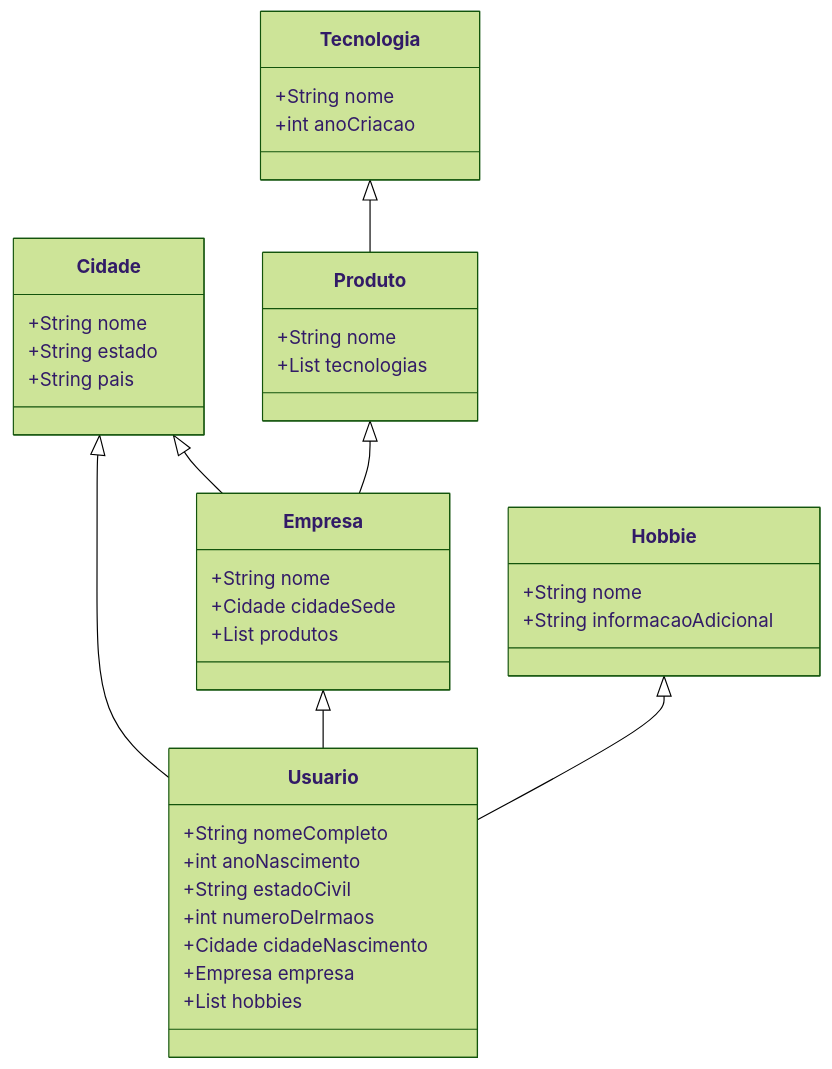
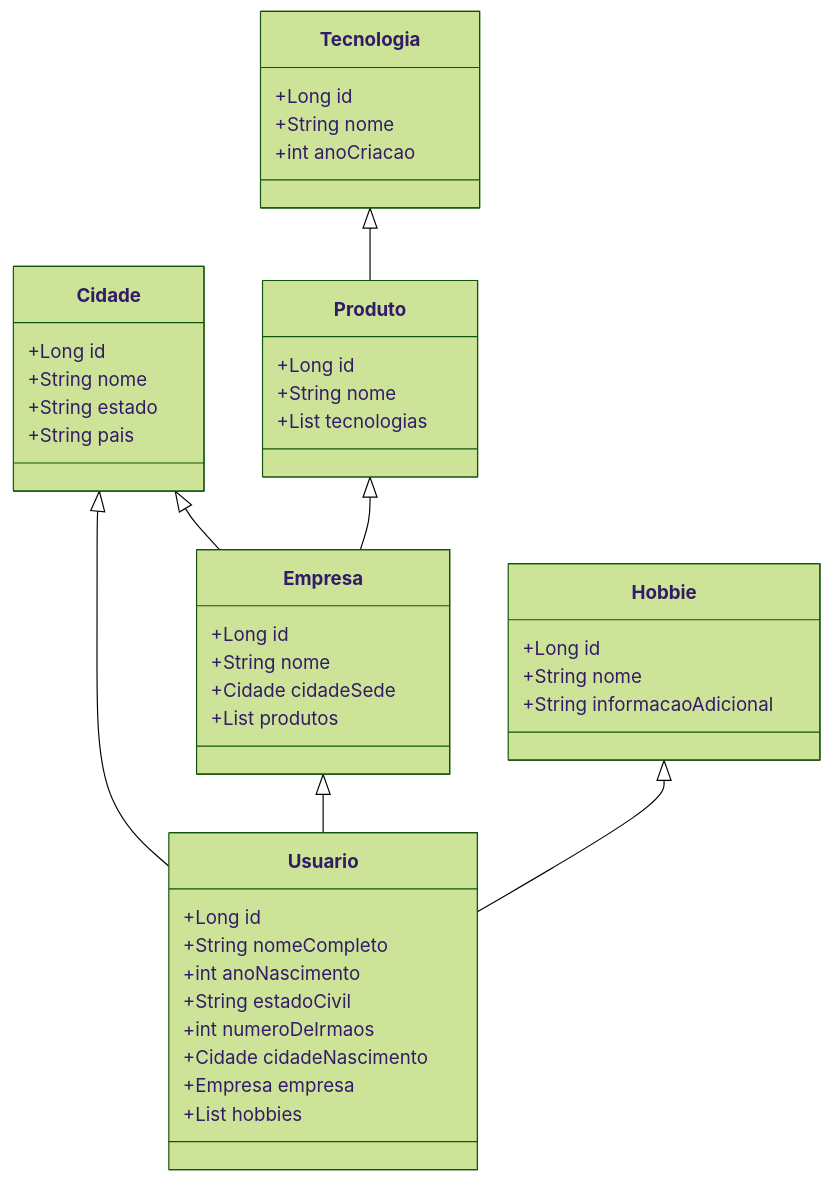
The diagram in _posts/2020-23-07-graphql-intro.md (luizleiteoliveira/luizleiteoliveira.github.io), drawn with Mermaid (forest theme) before and after one commit. The commit also changed other lines of this file, not shown here.

````diff
--- a/_posts/2020-23-07-graphql-intro.md
+++ b/_posts/2020-23-07-graphql-intro.md
@@ -33,47 +33,53 @@
 ```mermaid diagram
 classDiagram
 	Cidade <|-- Usuario
 	Cidade <|-- Empresa
 	Empresa <|-- Usuario
   Produto <|-- Empresa
   Tecnologia <|-- Produto
   Hobbie <|-- Usuario
 
 	class Usuario{
+    +Long id
 		+String nomeCompleto
 		+int anoNascimento
     +String estadoCivil
     +int numeroDeIrmaos  
     +Cidade cidadeNascimento  
     +Empresa empresa
     +List<Hobbie> hobbies
 	}
 
   class Cidade {
+    +Long id
     +String nome
     +String estado
     +String pais
   }
 
 	class Empresa{
+    +Long id
 		+String nome
     +Cidade cidadeSede
     +List<Produto> produtos    
 	}
   
   class Tecnologia{
+    +Long id
     +String nome
     +int anoCriacao
   }
 
   class Produto {
+    +Long id
     +String nome
     +List<Tecnologias> tecnologias
   }
 
   class Hobbie {
+    +Long id
     +String nome
     +String informacaoAdicional
   }
-										
+														
 ```
````
